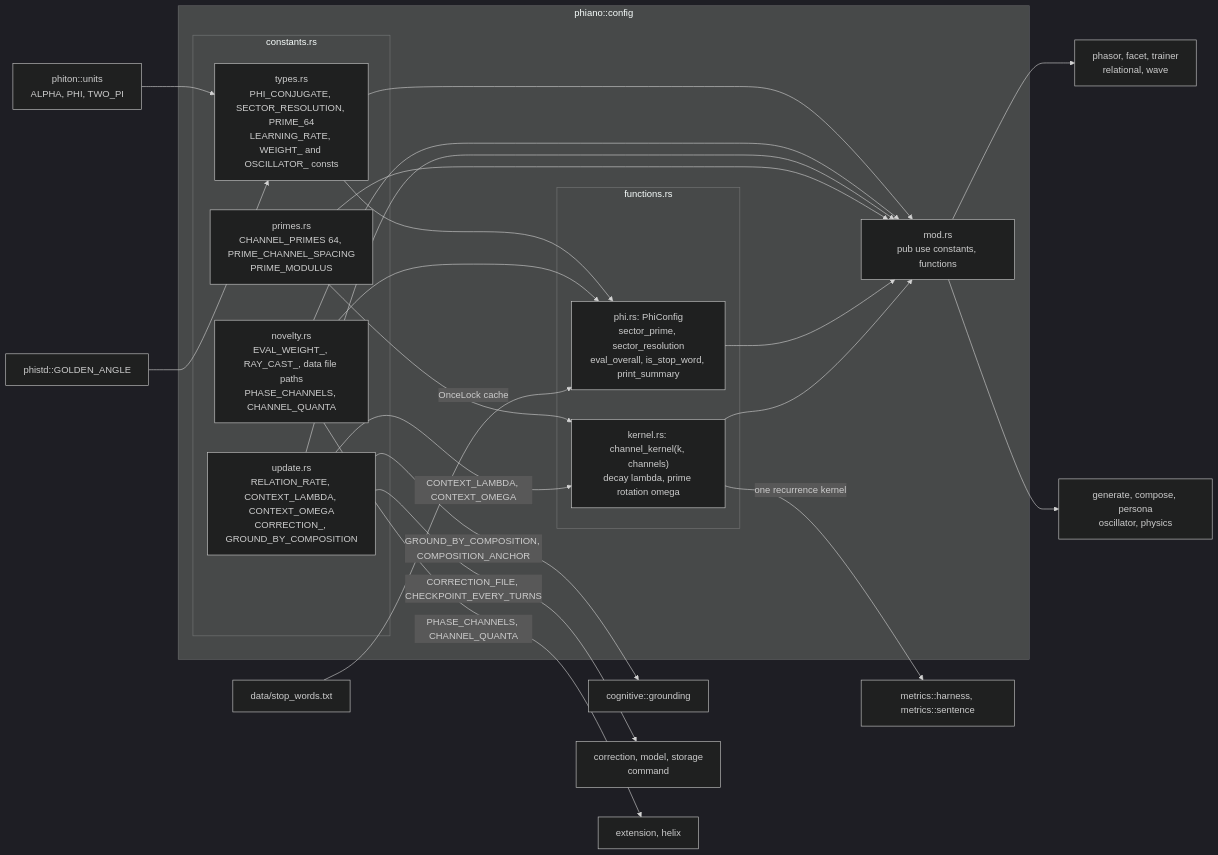
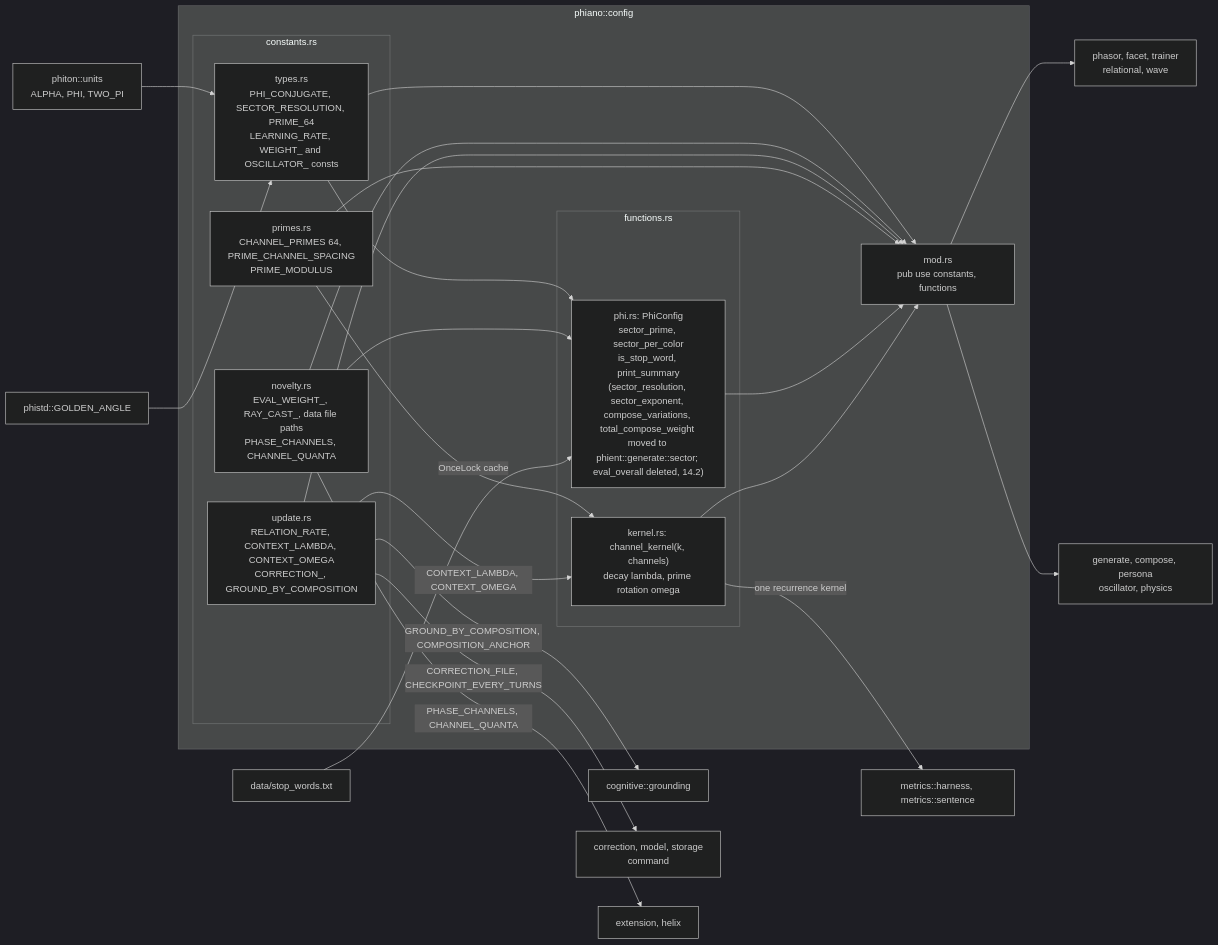
One commit to gemphi/phinet changed the diagram in docs/phiano/config.md. Above: the diagram before and after it, drawn with Mermaid (dark theme). The commit also changed 2 other files, not shown here.

Commit message:
Bump phient and phiano pointers: sector and compose functions move to phient::generate::sector; map updated (14.2)

````diff
--- a/docs/phiano/config.md
+++ b/docs/phiano/config.md
@@ -3,47 +3,47 @@
 ```mermaid
 graph LR
     Units["phiton::units<br/>ALPHA, PHI, TWO_PI"]
     Golden["phistd::GOLDEN_ANGLE"]
     Stop["data/stop_words.txt"]
 
     subgraph config["phiano::config"]
         ModRs["mod.rs<br/>pub use constants, functions"]
         subgraph constants["constants.rs"]
             Types["types.rs<br/>PHI_CONJUGATE, SECTOR_RESOLUTION, PRIME_64<br/>LEARNING_RATE, WEIGHT_ and OSCILLATOR_ consts"]
             Novelty["novelty.rs<br/>EVAL_WEIGHT_, RAY_CAST_, data file paths<br/>PHASE_CHANNELS, CHANNEL_QUANTA"]
             Update["update.rs<br/>RELATION_RATE, CONTEXT_LAMBDA, CONTEXT_OMEGA<br/>CORRECTION_, GROUND_BY_COMPOSITION"]
             Primes["primes.rs<br/>CHANNEL_PRIMES 64, PRIME_CHANNEL_SPACING<br/>PRIME_MODULUS"]
         end
         subgraph functions["functions.rs"]
-            PhiConfig["phi.rs: PhiConfig<br/>sector_prime, sector_resolution<br/>eval_overall, is_stop_word, print_summary"]
+            PhiConfig["phi.rs: PhiConfig<br/>sector_prime, sector_per_color<br/>is_stop_word, print_summary<br/>(sector_resolution, sector_exponent, compose_variations, total_compose_weight moved to phient::generate::sector; eval_overall deleted, 14.2)"]
             Kernel["kernel.rs: channel_kernel(k, channels)<br/>decay lambda, prime rotation omega"]
         end
     end
 
     Core["phasor, facet, trainer<br/>relational, wave"]
     Metrics["metrics::harness, metrics::sentence"]
     Ground["cognitive::grounding"]
     Persist["correction, model, storage<br/>command"]
     Ext["extension, helix"]
     Speak["generate, compose, persona<br/>oscillator, physics"]
 
     Units --> Types
     Golden --> Types
     Types --> PhiConfig
     Novelty --> PhiConfig
     Stop -->|"OnceLock cache"| PhiConfig
     Primes --> Kernel
     Update -->|"CONTEXT_LAMBDA, CONTEXT_OMEGA"| Kernel
     Types --> ModRs
     Novelty --> ModRs
     Update --> ModRs
     Primes --> ModRs
     PhiConfig --> ModRs
     Kernel --> ModRs
     ModRs --> Core
     ModRs --> Speak
     Kernel -->|"one recurrence kernel"| Metrics
     Update -->|"GROUND_BY_COMPOSITION, COMPOSITION_ANCHOR"| Ground
     Update -->|"CORRECTION_FILE, CHECKPOINT_EVERY_TURNS"| Persist
     Novelty -->|"PHASE_CHANNELS, CHANNEL_QUANTA"| Ext
 ```
````
